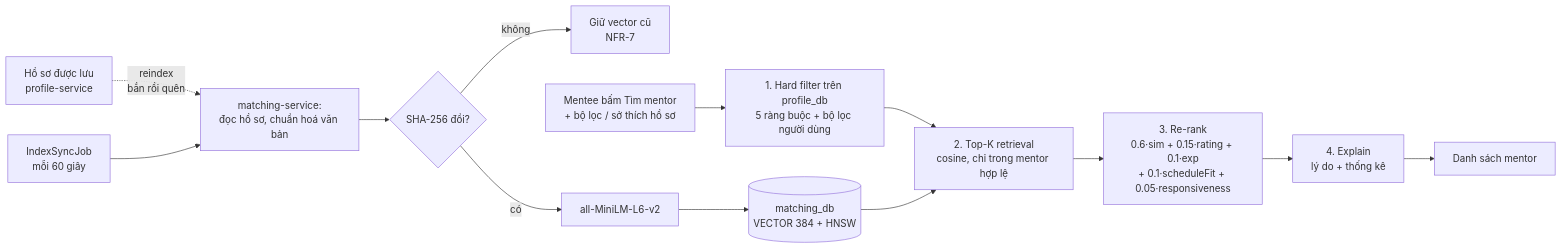
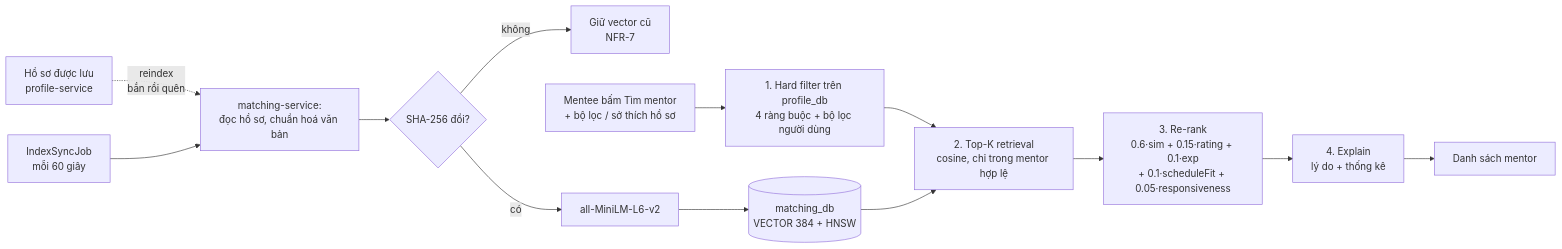
One commit to quangpham10212004/do_an_2026 changed the second of 6 diagrams in docs/ai-features.md. Above: the diagram before and after it, drawn with Mermaid. The commit also changed other lines of this file and 36 other files, not shown here.

````diff
--- a/docs/ai-features.md
+++ b/docs/ai-features.md
@@ -70,16 +70,16 @@
 ```mermaid
 flowchart LR
     P[Hồ sơ được lưu<br/>profile-service] -. "reindex<br/>bắn rồi quên" .-> N
     JOB[IndexSyncJob<br/>mỗi 60 giây] --> N[matching-service:<br/>đọc hồ sơ, chuẩn hoá văn bản]
     N --> H{SHA-256 đổi?}
     H -- không --> SKIP[Giữ vector cũ<br/>NFR-7]
     H -- có --> E[all-MiniLM-L6-v2]
     E --> V[(matching_db<br/>VECTOR 384 + HNSW)]
 
-    Q[Mentee bấm Tìm mentor<br/>+ bộ lọc / sở thích hồ sơ] --> R2[1. Hard filter trên profile_db<br/>5 ràng buộc + bộ lọc người dùng]
+    Q[Mentee bấm Tìm mentor<br/>+ bộ lọc / sở thích hồ sơ] --> R2[1. Hard filter trên profile_db<br/>4 ràng buộc + bộ lọc người dùng]
     R2 --> R1[2. Top-K retrieval<br/>cosine, chỉ trong mentor hợp lệ]
     V --> R1
     R1 --> R3[3. Re-rank<br/>0.6·sim + 0.15·rating + 0.1·exp<br/>+ 0.1·scheduleFit + 0.05·responsiveness]
     R3 --> R4[4. Explain<br/>lý do + thống kê]
     R4 --> OUT[Danh sách mentor]
 ```
````
